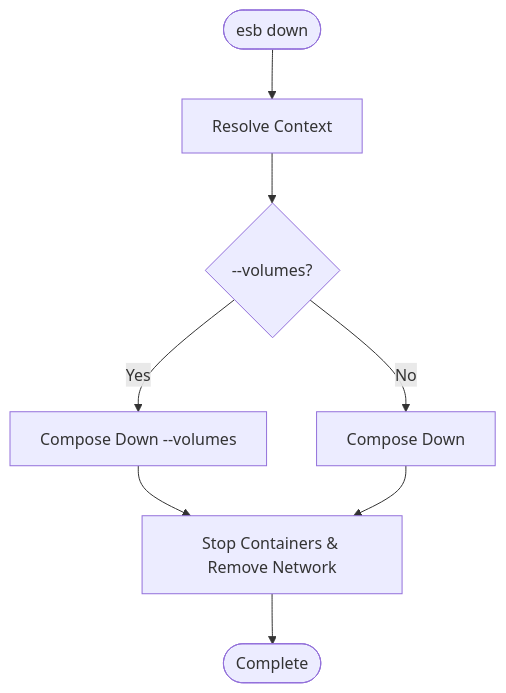
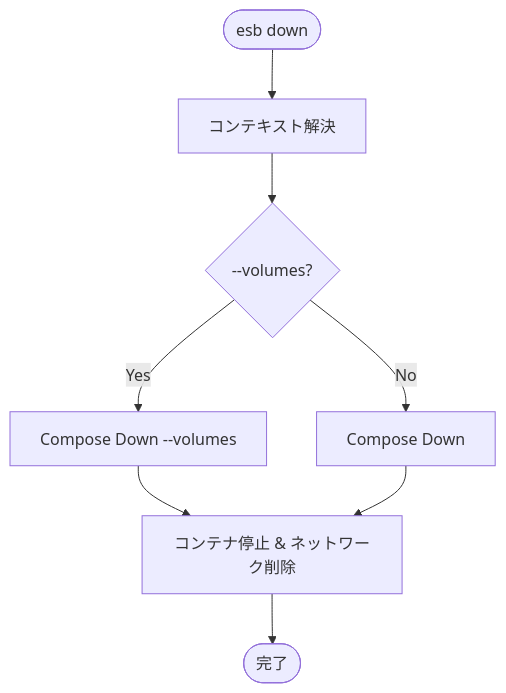
The diagram in docs/down.md (poruru-code/esb-cli), drawn with Mermaid before and after one commit. The commit also changed other lines of this file and 12 other files, not shown here.

First line of the commit message:
Translate CLI documentation to Japanese and fix Mermaid syntax

````diff
--- a/docs/down.md
+++ b/docs/down.md
@@ -33,13 +33,13 @@
 ```mermaid
 flowchart TD
-    Start([esb down]) --> ResolveCtx[Resolve Context]
+    Start([esb down]) --> ResolveCtx[コンテキスト解決]
     ResolveCtx --> CheckVolumes{--volumes?}
 
     CheckVolumes -- Yes --> RemoveVol[Compose Down --volumes]
     CheckVolumes -- No --> KeepVol[Compose Down]
 
-    RemoveVol --> Docker[Stop Containers & Remove Network/Volumes]
-    KeepVol --> Docker[Stop Containers & Remove Network]
+    RemoveVol --> Docker[コンテナ停止 & ネットワーク/ボリューム削除]
+    KeepVol --> Docker[コンテナ停止 & ネットワーク削除]
 
-    Docker --> Finish([Complete])
+    Docker --> Finish([完了])
 ```
````
